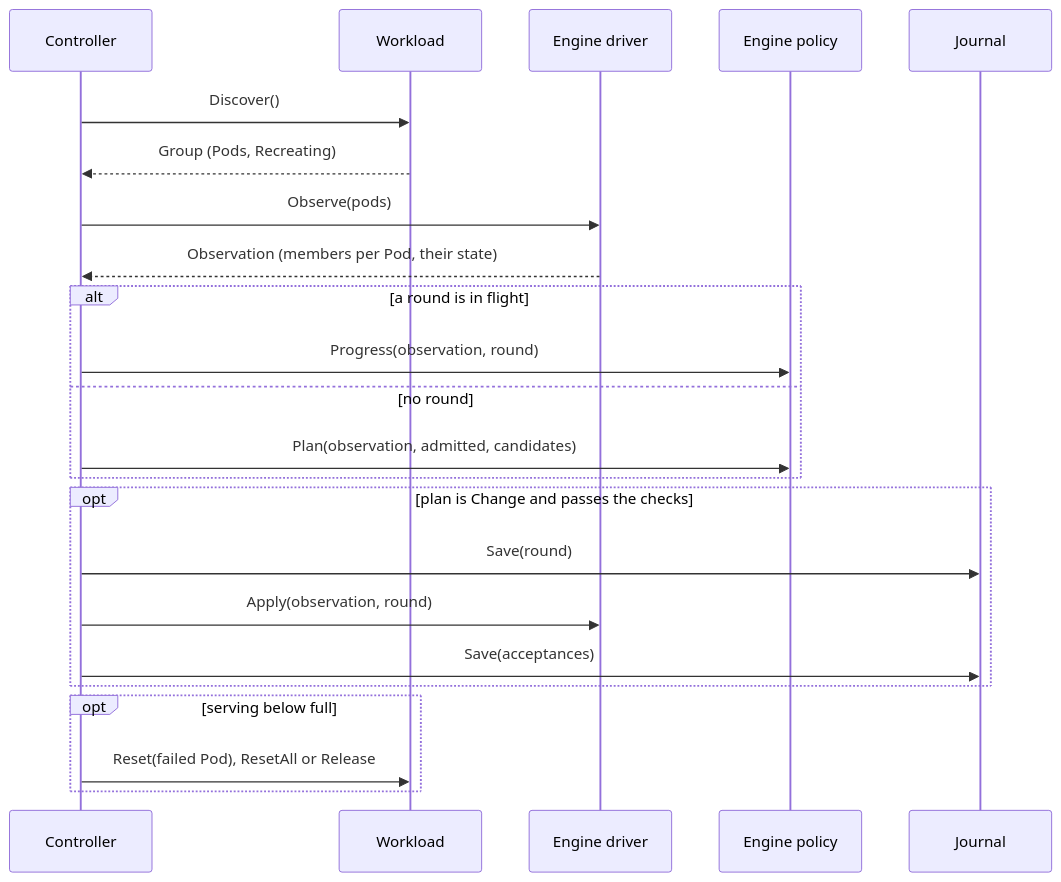
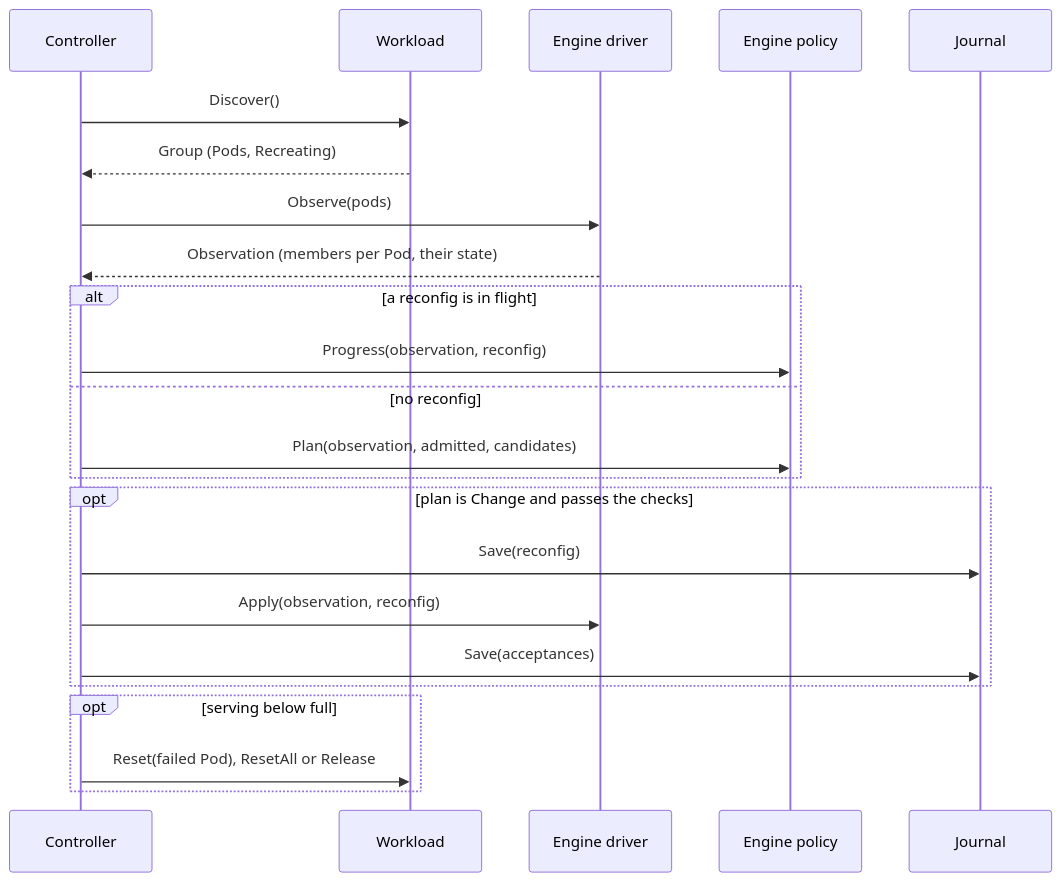
The second of 3 diagrams in docs/design/contracts/README.md (Etelis/llm-d-resiliency-operator), drawn with Mermaid before and after one commit. The commit also changed other lines of this file and 8 other files, not shown here.

Commit message:
Rename Round to Reconfig

````diff
--- a/docs/design/contracts/README.md
+++ b/docs/design/contracts/README.md
@@ -98,25 +98,25 @@
 ```mermaid
 sequenceDiagram
   participant C as Controller
   participant W as Workload
   participant D as Engine driver
   participant P as Engine policy
   participant J as Journal
   C->>W: Discover()
   W-->>C: Group (Pods, Recreating)
   C->>D: Observe(pods)
   D-->>C: Observation (members per Pod, their state)
-  alt a round is in flight
-    C->>P: Progress(observation, round)
-  else no round
+  alt a reconfig is in flight
+    C->>P: Progress(observation, reconfig)
+  else no reconfig
     C->>P: Plan(observation, admitted, candidates)
   end
   opt plan is Change and passes the checks
-    C->>J: Save(round)
-    C->>D: Apply(observation, round)
+    C->>J: Save(reconfig)
+    C->>D: Apply(observation, reconfig)
     C->>J: Save(acceptances)
   end
   opt serving below full
     C->>W: Reset(failed Pod), ResetAll or Release
   end
 ```
````
